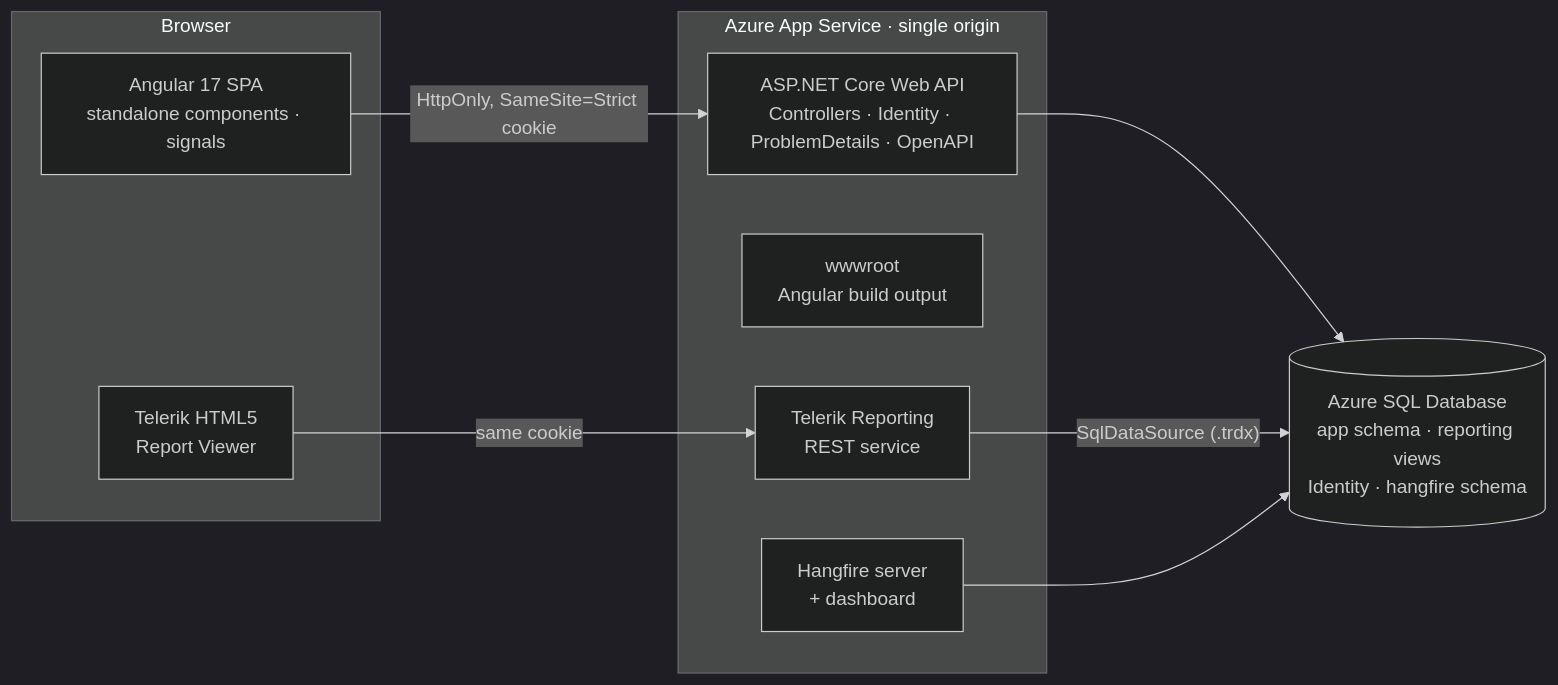
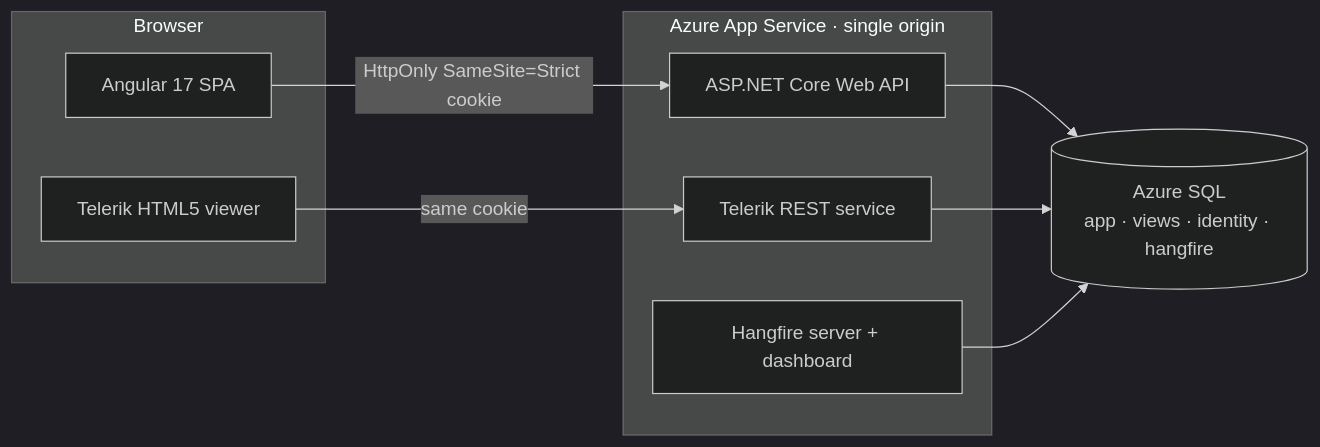
The first of 3 diagrams in README.md (Akhilesh-Vangala/accrue), drawn with Mermaid (dark theme) before and after one commit. The commit also changed other lines of this file, not shown here.

````diff
--- a/README.md
+++ b/README.md
@@ -48,22 +24,19 @@
 ```mermaid
 flowchart LR
     subgraph Browser
-        SPA["Angular 17 SPA<br/>standalone components · signals"]
-        Viewer["Telerik HTML5<br/>Report Viewer"]
+        SPA["Angular 17 SPA"]
+        Viewer["Telerik HTML5 viewer"]
     end
+    subgraph AppService["Azure App Service · single origin"]
+        API["ASP.NET Core Web API"]
+        TRS["Telerik REST service"]
+        HF["Hangfire server + dashboard"]
+    end
+    SQL[("Azure SQL<br/>app · views · identity · hangfire")]
 
-    subgraph AppService["Azure App Service · single origin"]
-        API["ASP.NET Core Web API<br/>Controllers · Identity · ProblemDetails · OpenAPI"]
-        Static["wwwroot<br/>Angular build output"]
-        TRS["Telerik Reporting<br/>REST service"]
-        HF["Hangfire server<br/>+ dashboard"]
-    end
-
-    SQL[("Azure SQL Database<br/>app schema · reporting views<br/>Identity · hangfire schema")]
-
-    SPA -- "HttpOnly, SameSite=Strict cookie" --> API
+    SPA -- "HttpOnly SameSite=Strict cookie" --> API
     Viewer -- "same cookie" --> TRS
     API --> SQL
-    TRS -- "SqlDataSource (.trdx)" --> SQL
+    TRS --> SQL
     HF --> SQL
 ```
````
